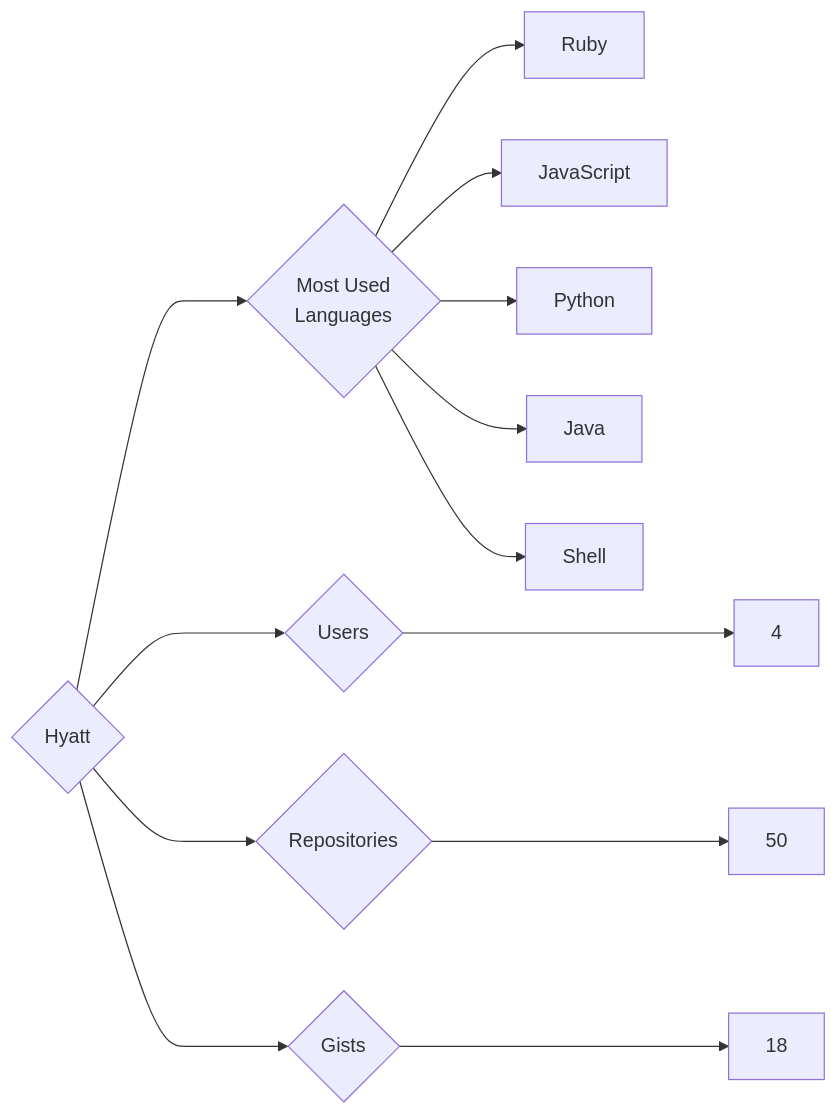
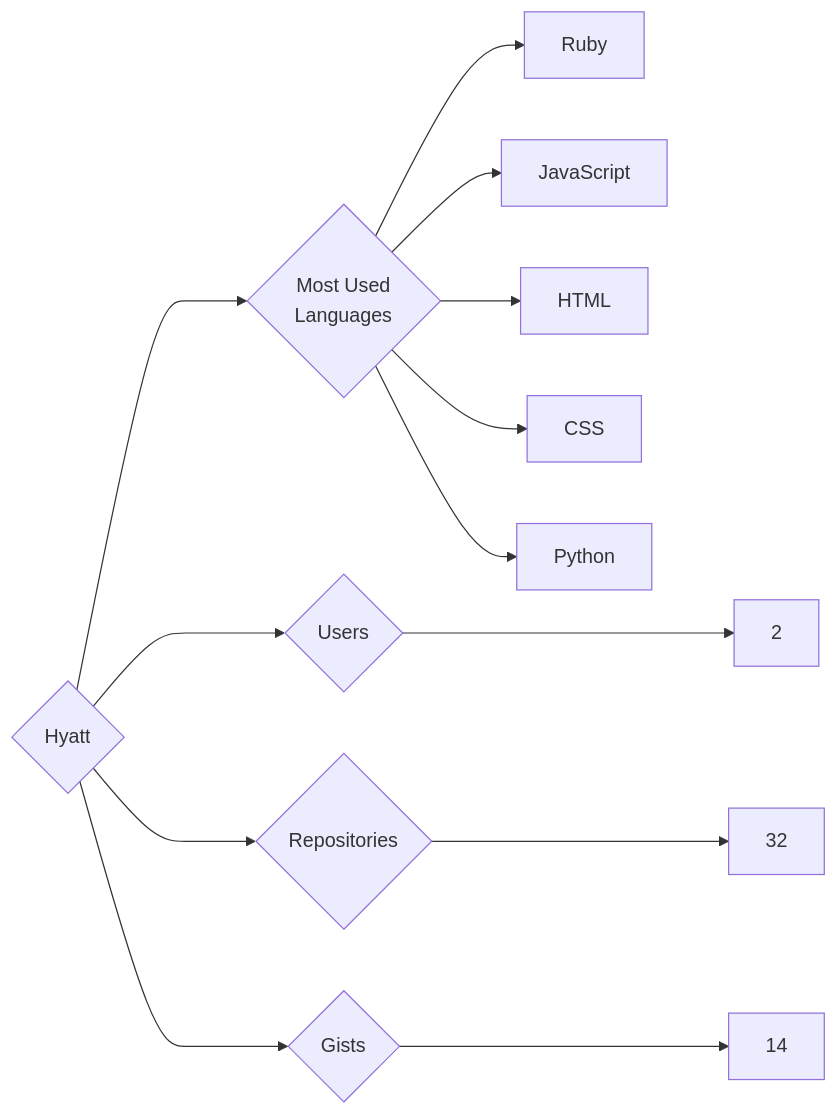
The diagram in targets/Hyatt/README.md (trickest/insiders), drawn with Mermaid before and after one commit. The commit also changed 1123 other files, not shown here.

````diff
--- a/targets/Hyatt/README.md
+++ b/targets/Hyatt/README.md
@@ -3,13 +3,13 @@
 ```mermaid
 graph LR
 COMPANY_NAME{Hyatt}
-COMPANY_NAME ---> U{Users} ---> UN[4]
-COMPANY_NAME ---> R{Repositories} ---> RN[50]
-COMPANY_NAME ---> G{Gists} ---> GN[18]
+COMPANY_NAME ---> U{Users} ---> UN[2]
+COMPANY_NAME ---> R{Repositories} ---> RN[32]
+COMPANY_NAME ---> G{Gists} ---> GN[14]
 COMPANY_NAME ---> ML{Most Used<br>Languages}
 ML --> Ruby[Ruby]
 ML --> JavaScript[JavaScript]
+ML --> HTML[HTML]
+ML --> CSS[CSS]
 ML --> Python[Python]
-ML --> Java[Java]
-ML --> Shell[Shell]
 ```
````
